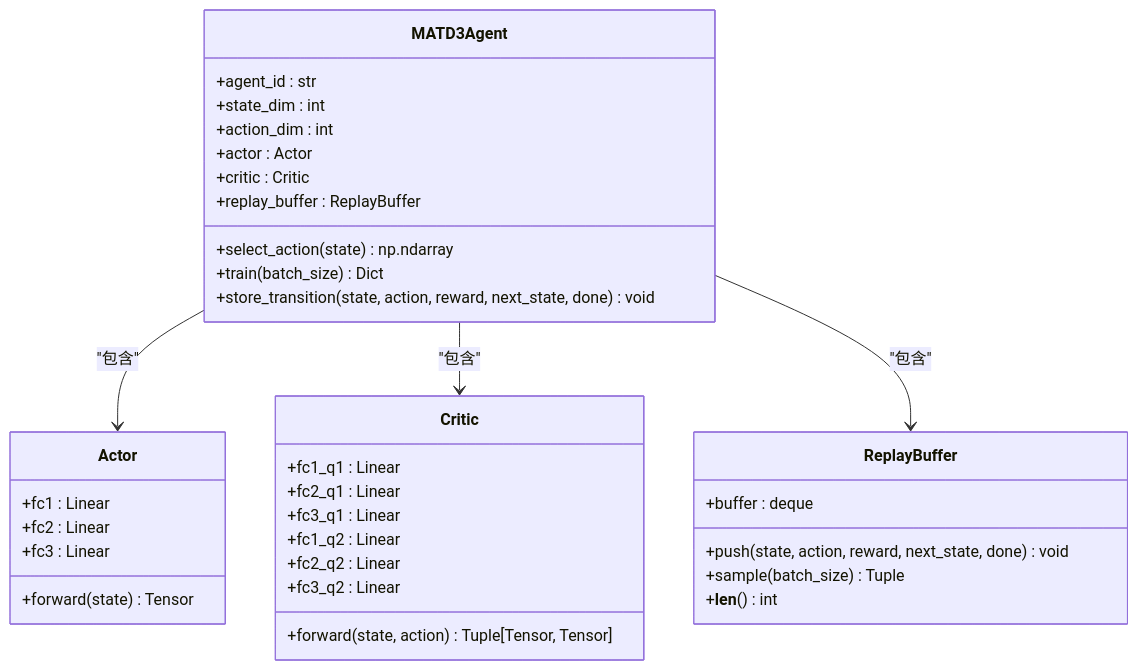
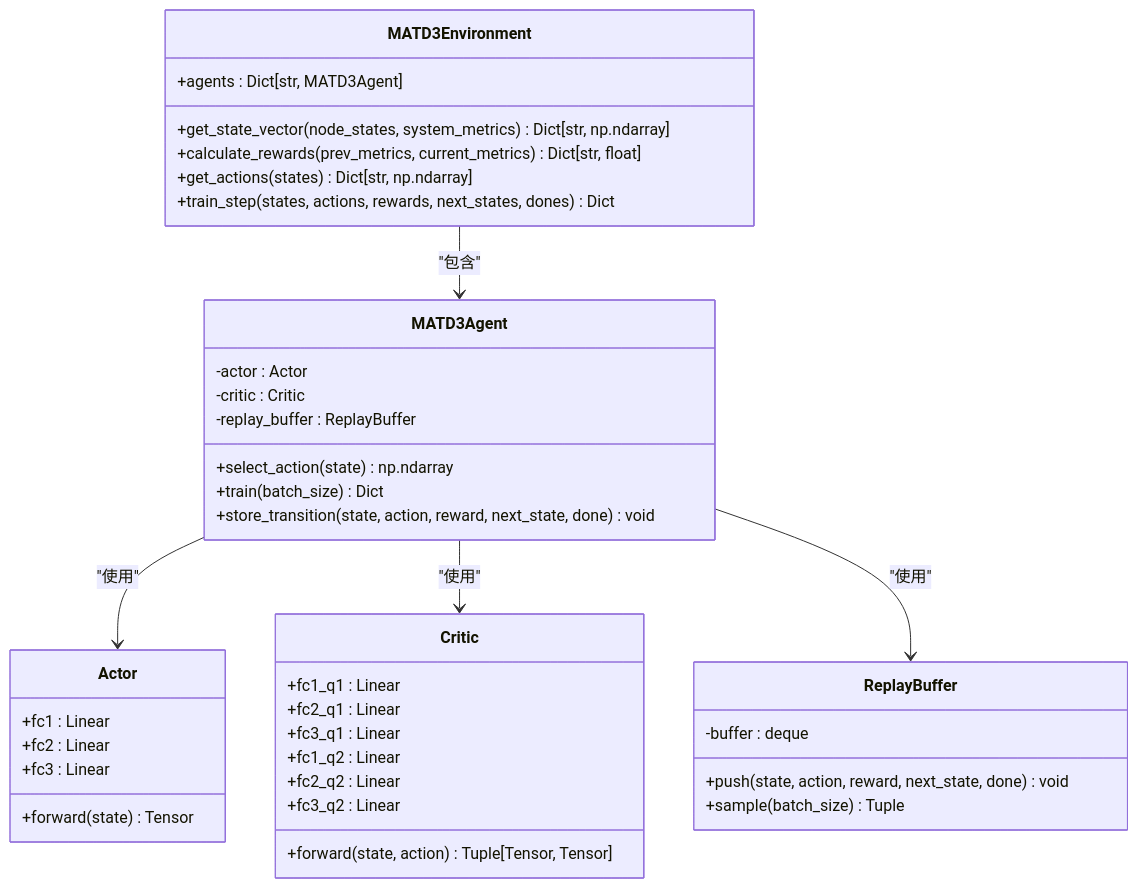
The third of 5 diagrams in .qoder/repowiki/zh/content/项目概述.md (WeiY11/VEC_mig_caching), drawn with Mermaid before and after one commit. The commit also changed other lines of this file and 95 other files, not shown here.

Commit message:
更新训练结果保存功能，支持生成HTML报告和对比图表，提升报告的可读性和实用性。同时，增强`run_td3_vehicle_sweep.py`以支持更多车辆选项和实验时长，清理冗余代码以优化项目结构。

````diff
--- a/.qoder/repowiki/zh/content/项目概述.md
+++ b/.qoder/repowiki/zh/content/项目概述.md
@@ -150,38 +144,42 @@
 ```mermaid
 classDiagram
+class MATD3Environment {
++agents : Dict[str, MATD3Agent]
++get_state_vector(node_states, system_metrics) Dict[str, np.ndarray]
++calculate_rewards(prev_metrics, current_metrics) Dict[str, float]
++get_actions(states) Dict[str, np.ndarray]
++train_step(states, actions, rewards, next_states, dones) Dict
+}
 class MATD3Agent {
-+agent_id : str
-+state_dim : int
-+action_dim : int
-+actor : Actor
-+critic : Critic
-+replay_buffer : ReplayBuffer
+-actor : Actor
+-critic : Critic
+-replay_buffer : ReplayBuffer
 +select_action(state) np.ndarray
 +train(batch_size) Dict
 +store_transition(state, action, reward, next_state, done) void
 }
 class Actor {
 +fc1 : Linear
 +fc2 : Linear
 +fc3 : Linear
 +forward(state) Tensor
 }
 class Critic {
 +fc1_q1 : Linear
 +fc2_q1 : Linear
 +fc3_q1 : Linear
 +fc1_q2 : Linear
 +fc2_q2 : Linear
 +fc3_q2 : Linear
 +forward(state, action) Tuple[Tensor, Tensor]
 }
 class ReplayBuffer {
-+buffer : deque
+-buffer : deque
 +push(state, action, reward, next_state, done) void
 +sample(batch_size) Tuple
-+__len__() int
 }
-MATD3Agent --> Actor : "包含"
-MATD3Agent --> Critic : "包含"
-MATD3Agent --> ReplayBuffer : "包含"
+MATD3Environment --> MATD3Agent : "包含"
+MATD3Agent --> Actor : "使用"
+MATD3Agent --> Critic : "使用"
+MATD3Agent --> ReplayBuffer : "使用"
 ```
````
